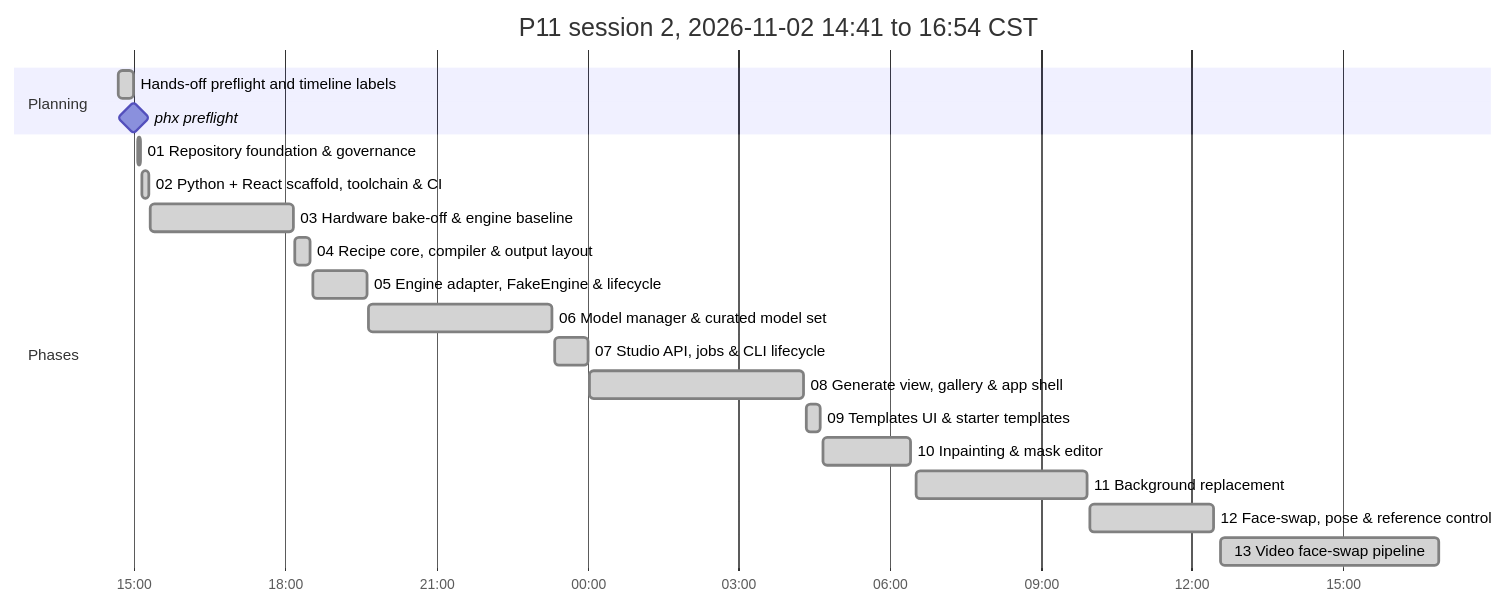
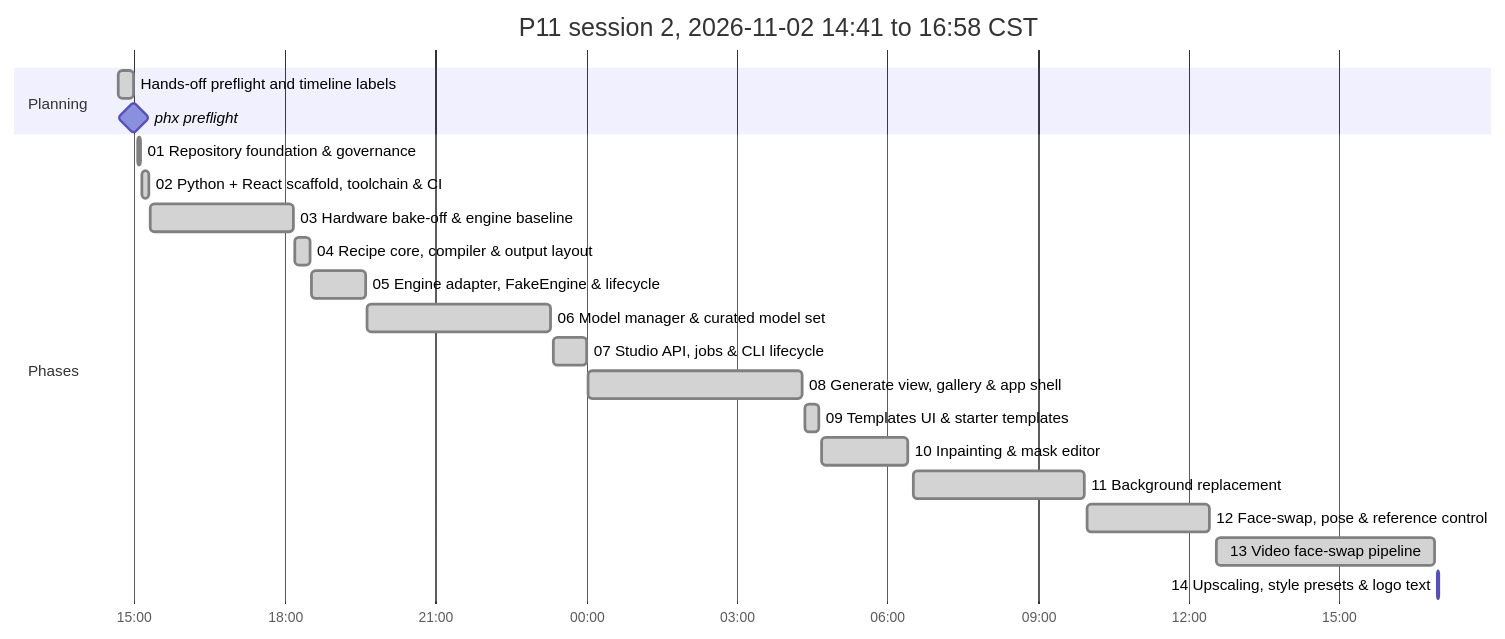
Before and after one commit to antonizick/project1111: the second of 2 diagrams in P11_IMPLEMENTATION_PLAN.md, drawn with Mermaid. The commit also changed other lines of this file and 1 other file, not shown here.

Commit message:
docs(plan): refresh timeline

````diff
--- a/P11_IMPLEMENTATION_PLAN.md
+++ b/P11_IMPLEMENTATION_PLAN.md
@@ -74,23 +74,24 @@
 ```mermaid
 gantt
-    title P11 session 2, 2026-11-02 14:41 to 16:54 CST
+    title P11 session 2, 2026-11-02 14:41 to 16:58 CST
     dateFormat YYYY-MM-DD HH:mm
     axisFormat %H:%M
     section Planning
     Hands-off preflight and timeline labels :done, plan3, 2026-11-02 14:41, 2026-11-02 14:59
     phx preflight :milestone, pf13ee0d5, 2026-11-02 15:00, 0m
     section Phases
     01 Repository foundation & governance :done, p01s2, 2026-11-02 15:05, 2026-11-02 15:08
     02 Python + React scaffold, toolchain & CI :done, p02s2, 2026-11-02 15:09, 2026-11-02 15:18
     03 Hardware bake-off & engine baseline :done, p03s2, 2026-11-02 15:19, 2026-11-02 18:10
     04 Recipe core, compiler & output layout :done, p04s2, 2026-11-02 18:12, 2026-11-02 18:30
     05 Engine adapter, FakeEngine & lifecycle :done, p05s2, 2026-11-02 18:32, 2026-11-02 19:37
     06 Model manager & curated model set :done, p06s2, 2026-11-02 19:39, 2026-11-02 23:18
     07 Studio API, jobs & CLI lifecycle :done, p07s2, 2026-11-02 23:21, 2026-11-03 00:00
     08 Generate view, gallery & app shell :done, p08s2, 2026-11-03 00:03, 2026-11-03 04:18
     09 Templates UI & starter templates :done, p09s2, 2026-11-03 04:21, 2026-11-03 04:38
     10 Inpainting & mask editor :done, p10s2, 2026-11-03 04:41, 2026-11-03 06:25
     11 Background replacement :done, p11s2, 2026-11-03 06:31, 2026-11-03 09:55
     12 Face-swap, pose & reference control :done, p12s2, 2026-11-03 09:58, 2026-11-03 12:25
     13 Video face-swap pipeline :done, p13s2, 2026-11-03 12:34, 2026-11-03 16:54
+    14 Upscaling, style presets & logo text :active, p14s2, 2026-11-03 16:58, 2026-11-03 16:59
 ```
````
